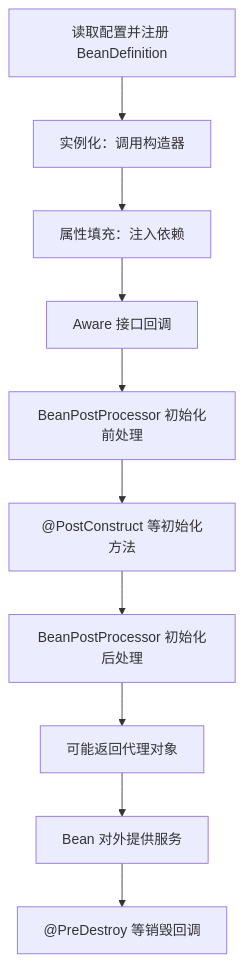
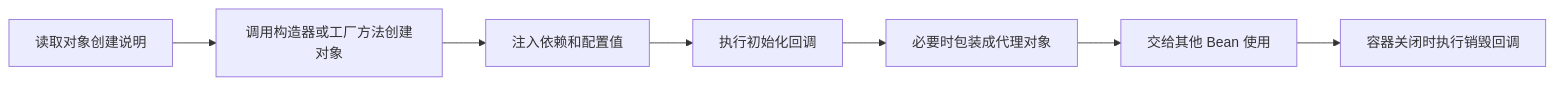
The fifth of 17 diagrams in Note/SpringBoot笔记/SpringBoot初学者学习笔记.md (pvisanhash/toStudyCode), drawn with Mermaid before and after one commit. The commit also changed other lines of this file and 1 other file, not shown here.

````diff
--- a/Note/SpringBoot笔记/SpringBoot初学者学习笔记.md
+++ b/Note/SpringBoot笔记/SpringBoot初学者学习笔记.md
@@ -559,12 +759,9 @@
 ```mermaid
-flowchart TD
-    A["读取配置并注册 BeanDefinition"] --> B["实例化：调用构造器"]
-    B --> C["属性填充：注入依赖"]
-    C --> D["Aware 接口回调"]
-    D --> E["BeanPostProcessor 初始化前处理"]
-    E --> F["@PostConstruct 等初始化方法"]
-    F --> G["BeanPostProcessor 初始化后处理"]
-    G --> H["可能返回代理对象"]
-    H --> I["Bean 对外提供服务"]
-    I --> J["@PreDestroy 等销毁回调"]
+flowchart LR
+    A["读取对象创建说明"] --> B["调用构造器或工厂方法创建对象"]
+    B --> C["注入依赖和配置值"]
+    C --> D["执行初始化回调"]
+    D --> E["必要时包装成代理对象"]
+    E --> F["交给其他 Bean 使用"]
+    F --> G["容器关闭时执行销毁回调"]
 ```
````
